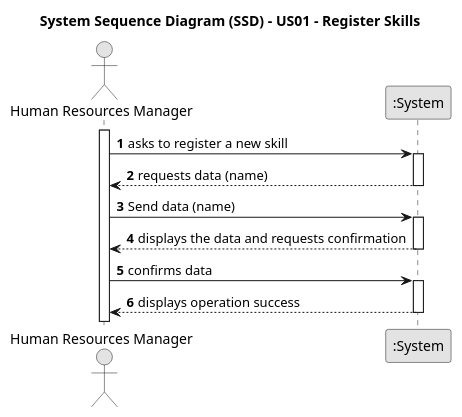
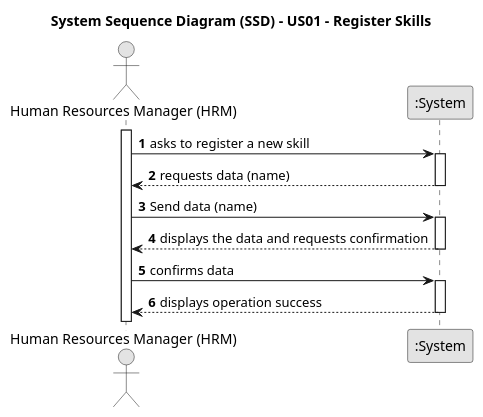
One commit to Departamento-de-Engenharia-Informatica/lei-24-s2-1db-g022 changed the diagram in docs/sprintA/us01/01.requirements-engineering/puml/us006-system-sequence-diagram-alternative-one.puml. Above: the diagram before and after it, drawn with PlantUML. The commit also changed 2 other files, not shown here.

Commit message:
US01 - Rectification of the US01 sequence diagram and addition of new information to the readme

```diff
--- a/docs/sprintA/us01/01.requirements-engineering/puml/us006-system-sequence-diagram-alternative-one.puml
+++ b/docs/sprintA/us01/01.requirements-engineering/puml/us006-system-sequence-diagram-alternative-one.puml
@@ -1,35 +1,35 @@
 @startuml
 skinparam monochrome true
 skinparam packageStyle rectangle
 skinparam shadowing false
 
 title System Sequence Diagram (SSD) - US01 - Register Skills
 
 autonumber
 
-actor "Human Resources Manager" as HRM
+actor "Human Resources Manager (HRM)" as HRM
 participant ":System" as System
 
 activate HRM
 
     HRM -> System : asks to register a new skill
     activate System
 
         System --> HRM : requests data (name)
     deactivate System
 
     HRM->System: Send data (name)
     activate System
 
         System --> HRM : displays the data and requests confirmation
 
     deactivate System
 
 
     HRM -> System : confirms data
     activate System
 
         System --> HRM : displays operation success
     deactivate System
 
 @enduml
```
